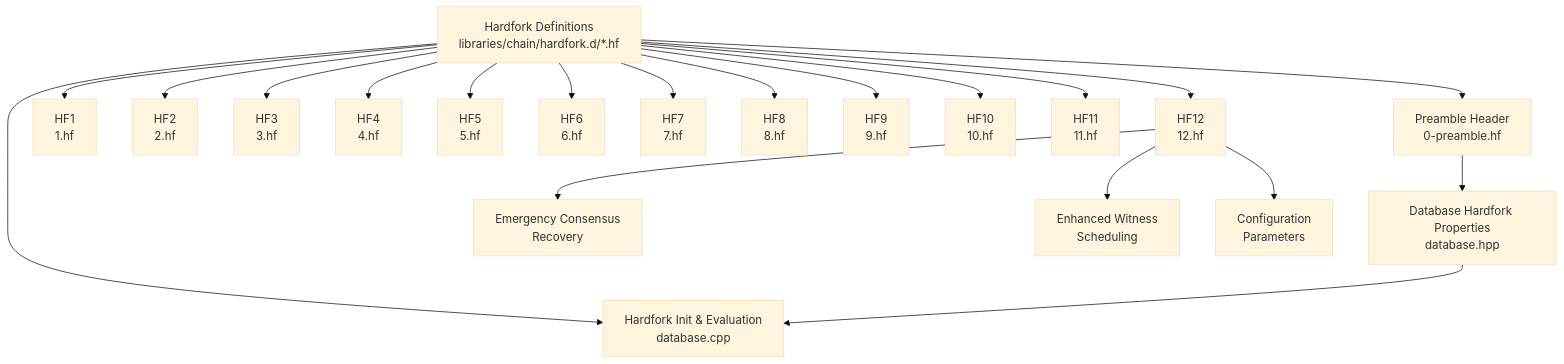
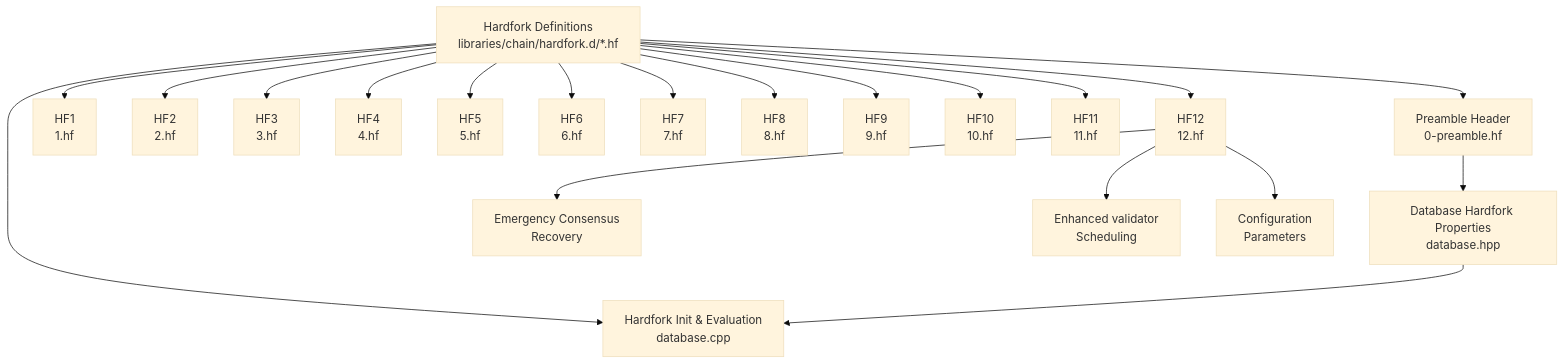
Before and after one commit to VIZ-Blockchain/viz-cpp-node: the first of 7 diagrams in .qoder/repowiki/en/content/Advanced Topics/Hardfork Management.md, drawn with Mermaid (base theme). The commit also changed other lines of this file and 88 other files, not shown here.

First line of the commit message:
docs(validator): rename witness to validator throughout documentation

````diff
--- a/.qoder/repowiki/en/content/Advanced Topics/Hardfork Management.md
+++ b/.qoder/repowiki/en/content/Advanced Topics/Hardfork Management.md
@@ -57,41 +57,41 @@
 ```mermaid
 graph TB
 HFDir["Hardfork Definitions<br/>libraries/chain/hardfork.d/*.hf"]
 Preamble["Preamble Header<br/>0-preamble.hf"]
 HF1["HF1<br/>1.hf"]
 HF2["HF2<br/>2.hf"]
 HF3["HF3<br/>3.hf"]
 HF4["HF4<br/>4.hf"]
 HF5["HF5<br/>5.hf"]
 HF6["HF6<br/>6.hf"]
 HF7["HF7<br/>7.hf"]
 HF8["HF8<br/>8.hf"]
 HF9["HF9<br/>9.hf"]
 HF10["HF10<br/>10.hf"]
 HF11["HF11<br/>11.hf"]
 HF12["HF12<br/>12.hf"]
 DBHdr["Database Hardfork Properties<br/>database.hpp"]
 DBInit["Hardfork Init & Evaluation<br/>database.cpp"]
 Emergency["Emergency Consensus<br/>Recovery"]
-Witness["Enhanced Witness<br/>Scheduling"]
+validator["Enhanced validator<br/>Scheduling"]
 Config["Configuration<br/>Parameters"]
 HFDir --> Preamble
 HFDir --> HF1
 HFDir --> HF2
 HFDir --> HF3
 HFDir --> HF4
 HFDir --> HF5
 HFDir --> HF6
 HFDir --> HF7
 HFDir --> HF8
 HFDir --> HF9
 HFDir --> HF10
 HFDir --> HF11
 HFDir --> HF12
 Preamble --> DBHdr
 HFDir --> DBInit
 DBHdr --> DBInit
 HF12 --> Emergency
-HF12 --> Witness
+HF12 --> validator
 HF12 --> Config
 ```
````
